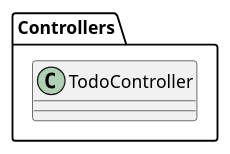
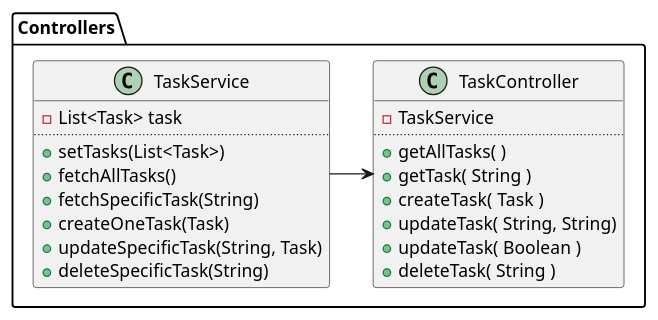
Before and after one commit to tankarasu/spring_todo_app: the diagram in src/main/docs/TodoApp.puml, drawn with PlantUML. The commit also changed 3 other files, not shown here.

Commit message:
Docs: documentation added, uml Also

```diff
--- a/src/main/docs/TodoApp.puml
+++ b/src/main/docs/TodoApp.puml
@@ -1,9 +1,30 @@
 @startuml
 'https://plantuml.com/class-diagram
 
 package Controllers{
-    class TodoController{
+    class TaskController{
+        - TaskService
+        ..
+        + getAllTasks( )
+        + getTask( String )
+        + createTask( Task )
+        + updateTask( String, String)
+        + updateTask( Boolean )
+        + deleteTask( String )
     }
+
+    class TaskService{
+        - List<Task> task
+        ..
+        + setTasks(List<Task>)
+        + fetchAllTasks()
+        + fetchSpecificTask(String)
+        + createOneTask(Task)
+        + updateSpecificTask(String, Task)
+        + deleteSpecificTask(String)
+    }
+
+    TaskService -> TaskController
 }
 
 @enduml
```
